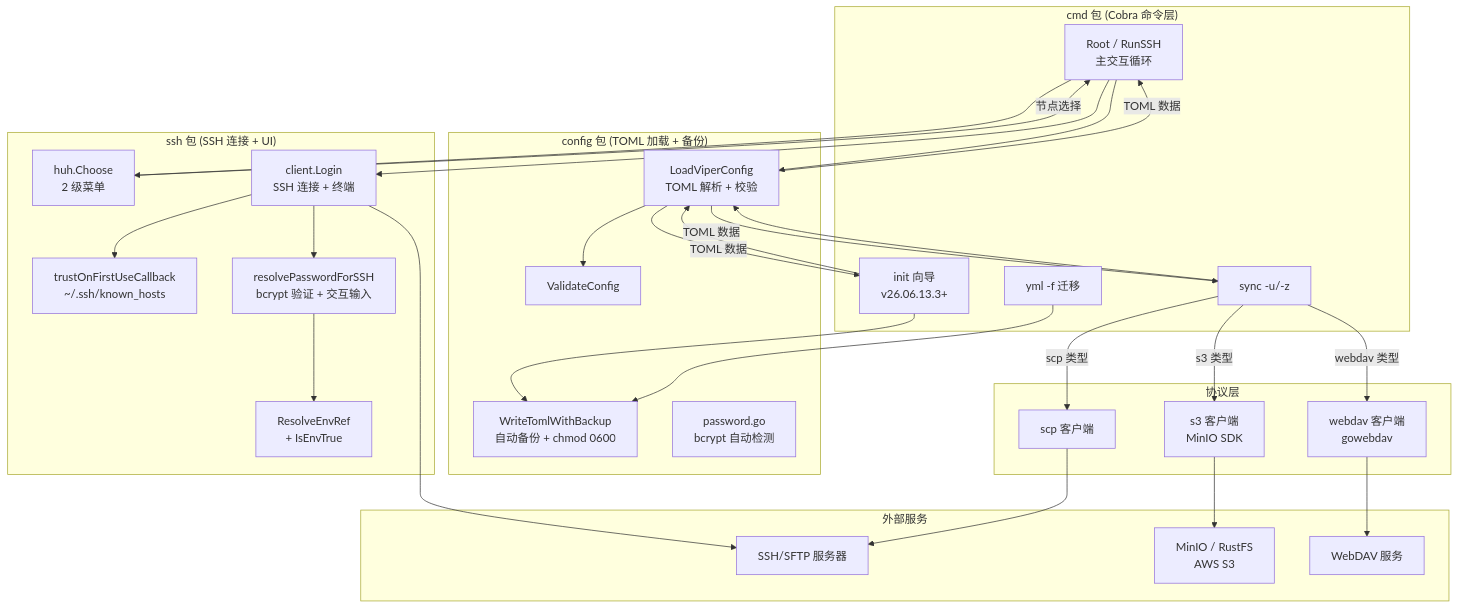
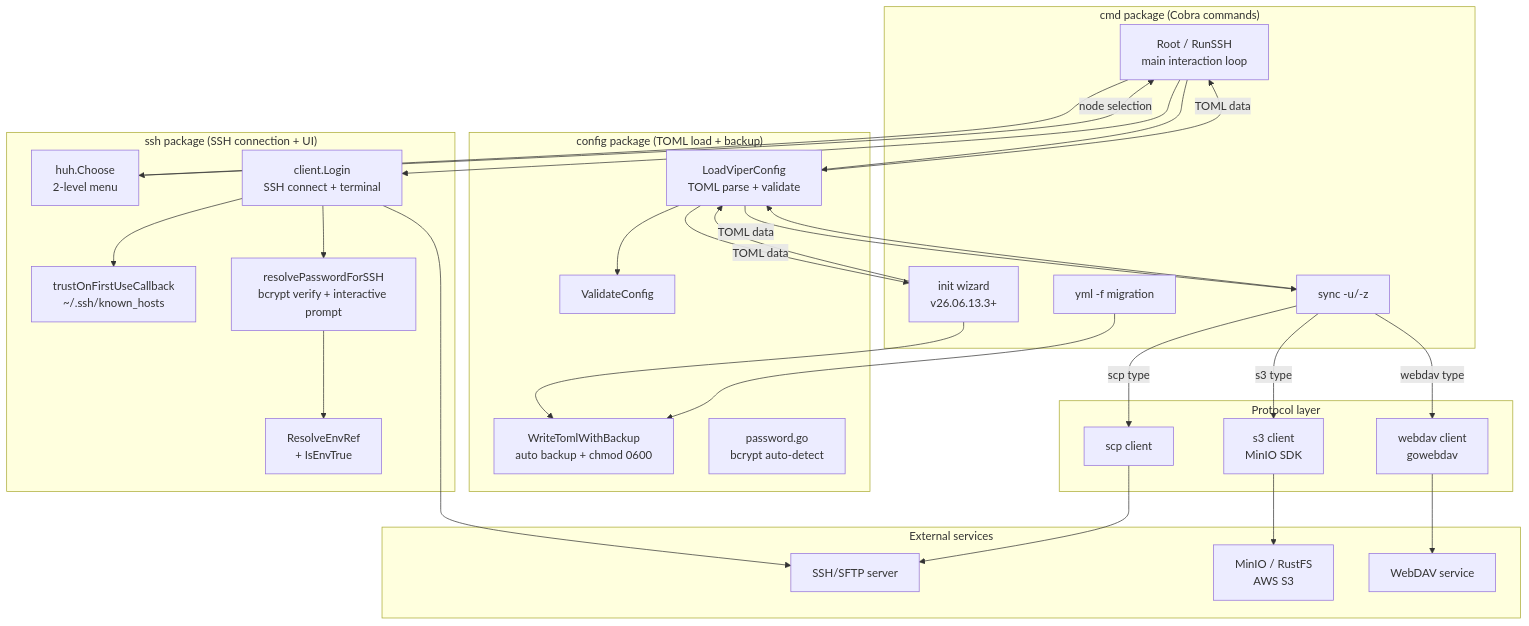
The diagram in readme.md (cnphpbb/mysshw), drawn with Mermaid before and after one commit. The commit also changed other lines of this file and 1 other file, not shown here.

````diff
--- a/readme.md
+++ b/readme.md
@@ -129,64 +261,64 @@
 ```mermaid
 graph TB
-    subgraph Cmd["cmd 包 (Cobra 命令层)"]
-        Root[Root / RunSSH<br/>主交互循环]
+    subgraph Cmd["cmd package (Cobra commands)"]
+        Root[Root / RunSSH<br/>main interaction loop]
         Sync[sync -u/-z]
-        Init[init 向导<br/>v26.06.13.3+]
-        Yml[yml -f 迁移]
+        Init[init wizard<br/>v26.06.13.3+]
+        Yml[yml -f migration]
     end
 
-    subgraph Ssh["ssh 包 (SSH 连接 + UI)"]
-        Choose[huh.Choose<br/>2 级菜单]
-        Login[client.Login<br/>SSH 连接 + 终端]
+    subgraph Ssh["ssh package (SSH connection + UI)"]
+        Choose[huh.Choose<br/>2-level menu]
+        Login[client.Login<br/>SSH connect + terminal]
         TOFU[trustOnFirstUseCallback<br/>~/.ssh/known_hosts]
         Env[ResolveEnvRef<br/>+ IsEnvTrue]
-        Auth[resolvePasswordForSSH<br/>bcrypt 验证 + 交互输入]
+        Auth[resolvePasswordForSSH<br/>bcrypt verify + interactive prompt]
     end
 
-    subgraph Cfg["config 包 (TOML 加载 + 备份)"]
-        Load[LoadViperConfig<br/>TOML 解析 + 校验]
-        Backup[WriteTomlWithBackup<br/>自动备份 + chmod 0600]
+    subgraph Cfg["config package (TOML load + backup)"]
+        Load[LoadViperConfig<br/>TOML parse + validate]
+        Backup[WriteTomlWithBackup<br/>auto backup + chmod 0600]
         Validate[ValidateConfig]
-        Pwd[password.go<br/>bcrypt 自动检测]
+        Pwd[password.go<br/>bcrypt auto-detect]
     end
 
-    subgraph Protocols["协议层"]
-        SCP[scp 客户端]
-        S3[s3 客户端<br/>MinIO SDK]
-        WebDAV[webdav 客户端<br/>gowebdav]
+    subgraph Protocols["Protocol layer"]
+        SCP[scp client]
+        S3[s3 client<br/>MinIO SDK]
+        WebDAV[webdav client<br/>gowebdav]
     end
 
-    subgraph External["外部服务"]
-        SSHSrv[SSH/SFTP 服务器]
+    subgraph External["External services"]
+        SSHSrv[SSH/SFTP server]
         S3Store[MinIO / RustFS<br/>AWS S3]
-        DAV[WebDAV 服务]
+        DAV[WebDAV service]
     end
 
     Root --> Load
     Init --> Load
     Init --> Backup
     Sync --> Load
     Yml --> Backup
 
     Load --> Validate
-    Load -->|TOML 数据| Root
-    Load -->|TOML 数据| Init
-    Load -->|TOML 数据| Sync
+    Load -->|TOML data| Root
+    Load -->|TOML data| Init
+    Load -->|TOML data| Sync
 
     Root --> Choose
-    Choose -->|节点选择| Root
+    Choose -->|node selection| Root
     Root --> Login
 
     Login --> Auth
     Auth --> Env
     Login --> TOFU
     Login --> SSHSrv
 
-    Sync -->|scp 类型| SCP
-    Sync -->|s3 类型| S3
-    Sync -->|webdav 类型| WebDAV
+    Sync -->|scp type| SCP
+    Sync -->|s3 type| S3
+    Sync -->|webdav type| WebDAV
 
     SCP --> SSHSrv
     S3 --> S3Store
     WebDAV --> DAV
 ```
````
